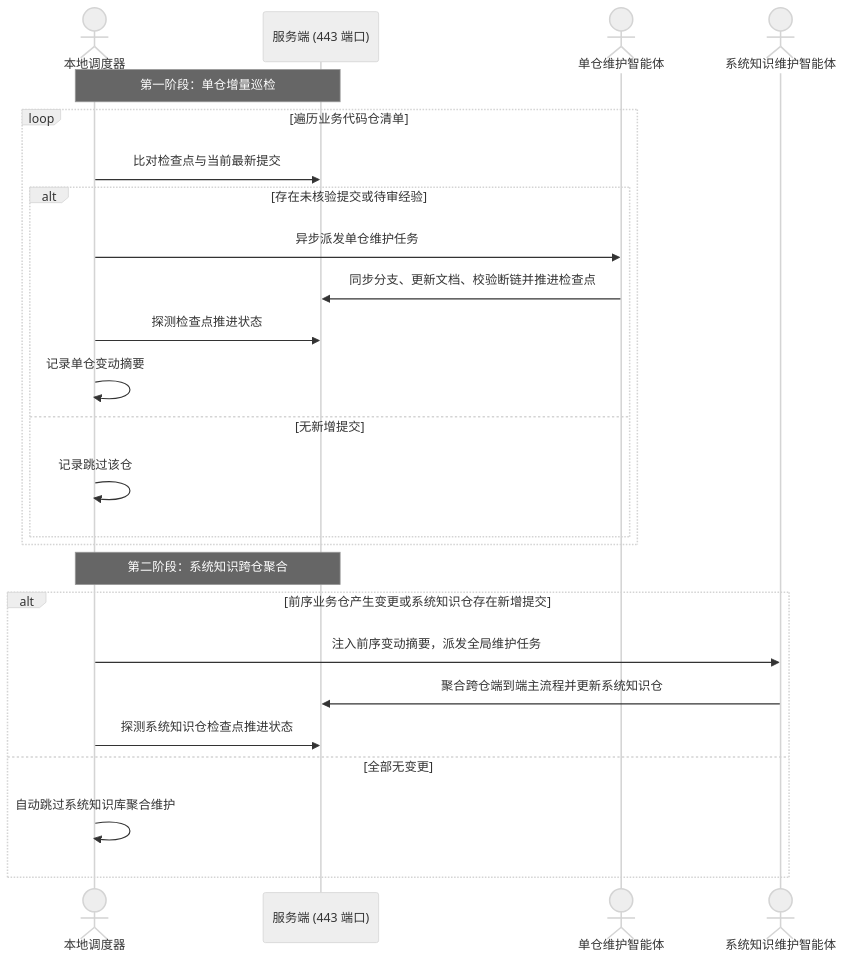
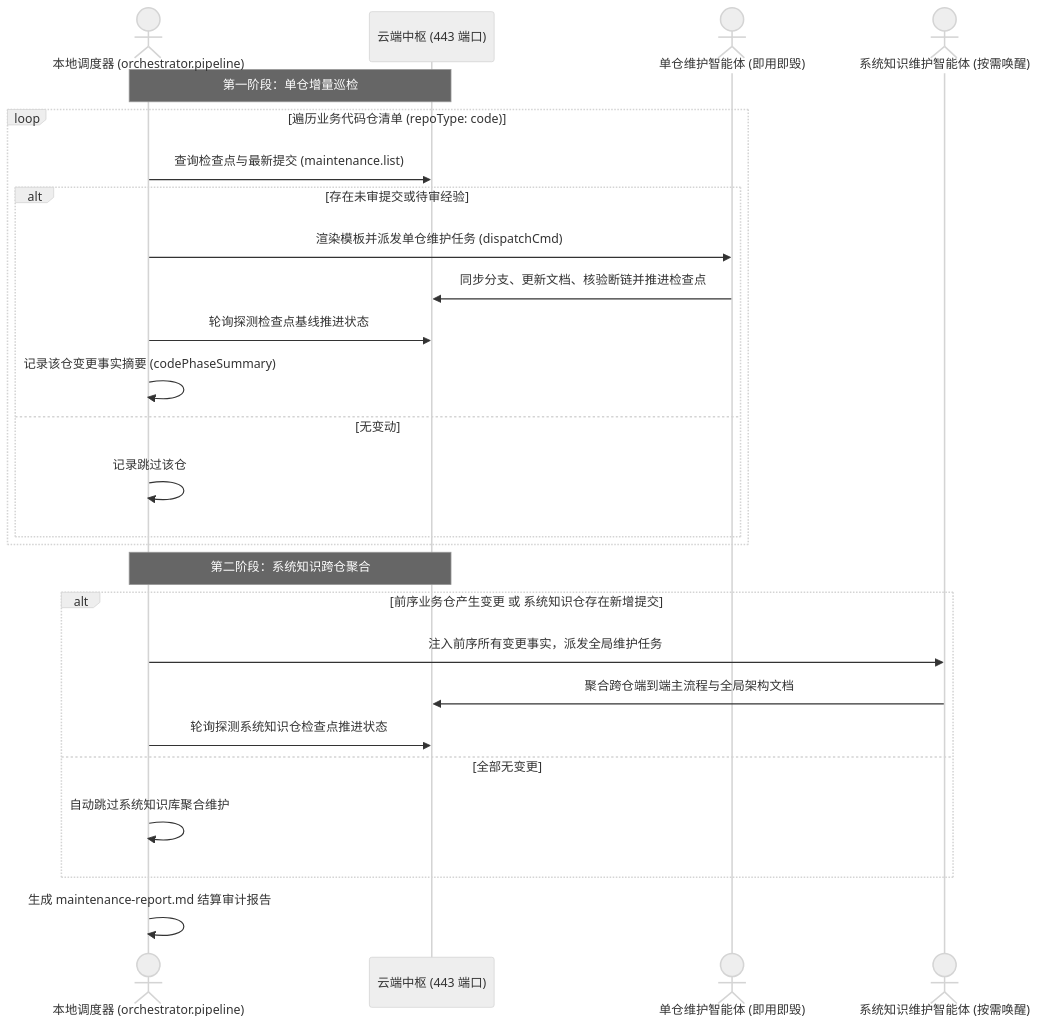
The fifth of 5 diagrams in docs/architecture.md (fjay/knowledge-dock), drawn with Mermaid (neutral theme) before and after one commit. The commit also changed other lines of this file and 4 other files, not shown here.

````diff
--- a/docs/architecture.md
+++ b/docs/architecture.md
@@ -89,29 +273,31 @@
 ```mermaid
 sequenceDiagram
-    actor Runner as 本地调度器
-    participant Cloud as 服务端 (443 端口)
-    actor Worker as 单仓维护智能体
-    actor SystemWorker as 系统知识维护智能体
+    actor Runner as 本地调度器 (orchestrator.pipeline)
+    participant Cloud as 云端中枢 (443 端口)
+    actor Worker as 单仓维护智能体 (即用即毁)
+    actor SystemWorker as 系统知识维护智能体 (按需唤醒)
 
     Note over Runner,Cloud: 第一阶段：单仓增量巡检
-    loop 遍历业务代码仓清单
-        Runner->>Cloud: 比对检查点与当前最新提交
-        alt 存在未核验提交或待审经验
-            Runner->>Worker: 异步派发单仓维护任务
-            Worker->>Cloud: 同步分支、更新文档、校验断链并推进检查点
-            Runner->>Cloud: 探测检查点推进状态
-            Runner->>Runner: 记录单仓变动摘要
-        else 无新增提交
+    loop 遍历业务代码仓清单 (repoType: code)
+        Runner->>Cloud: 查询检查点与最新提交 (maintenance.list)
+        alt 存在未审提交或待审经验
+            Runner->>Worker: 渲染模板并派发单仓维护任务 (dispatchCmd)
+            Worker->>Cloud: 同步分支、更新文档、核验断链并推进检查点
+            Runner->>Cloud: 轮询探测检查点基线推进状态
+            Runner->>Runner: 记录该仓变更事实摘要 (codePhaseSummary)
+        else 无变动
             Runner->>Runner: 记录跳过该仓
         end
     end
 
     Note over Runner,Cloud: 第二阶段：系统知识跨仓聚合
-    alt 前序业务仓产生变更或系统知识仓存在新增提交
-        Runner->>SystemWorker: 注入前序变动摘要，派发全局维护任务
-        SystemWorker->>Cloud: 聚合跨仓端到端主流程并更新系统知识仓
-        Runner->>Cloud: 探测系统知识仓检查点推进状态
+    alt 前序业务仓产生变更 或 系统知识仓存在新增提交
+        Runner->>SystemWorker: 注入前序所有变更事实，派发全局维护任务
+        SystemWorker->>Cloud: 聚合跨仓端到端主流程与全局架构文档
+        Runner->>Cloud: 轮询探测系统知识仓检查点推进状态
     else 全部无变更
         Runner->>Runner: 自动跳过系统知识库聚合维护
     end
+
+    Runner->>Runner: 生成 maintenance-report.md 结算审计报告
 ```
````
